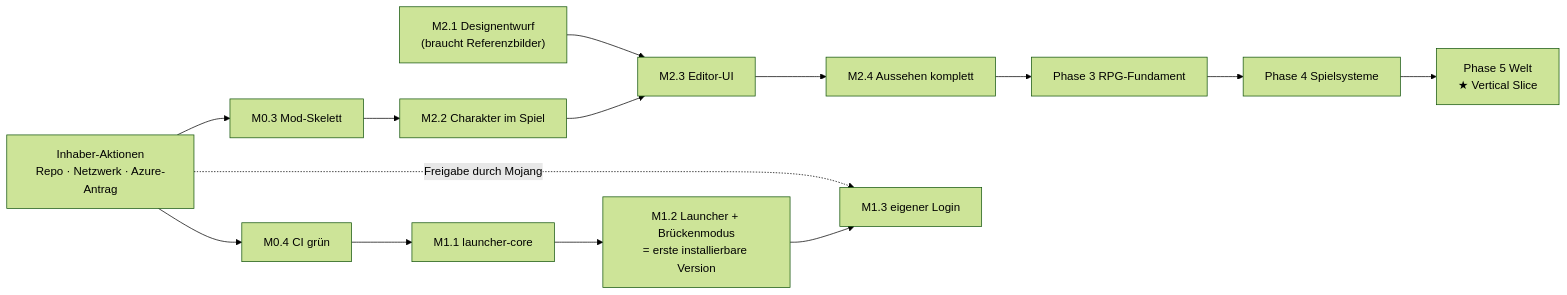
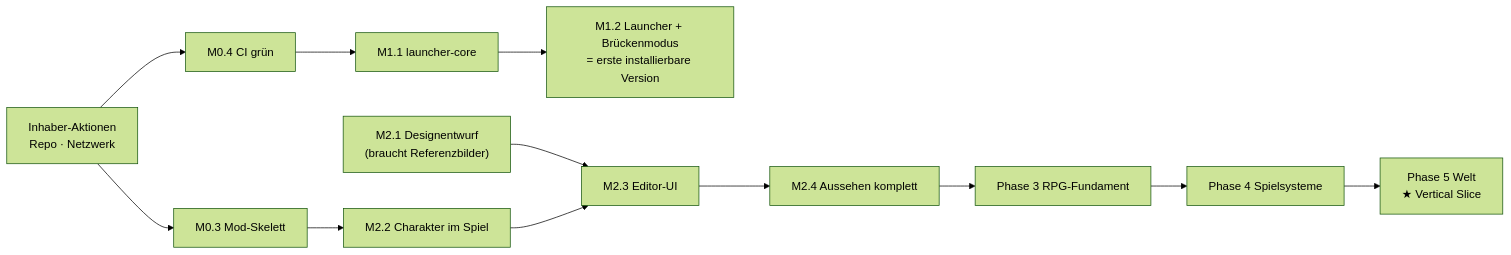
The diagram in docs/07-roadmap.md (danilohuth888-create/Frosthain), drawn with Mermaid (forest theme) before and after one commit. The commit also changed other lines of this file and 4 other files, not shown here.

````diff
--- a/docs/07-roadmap.md
+++ b/docs/07-roadmap.md
@@ -10,13 +10,11 @@
 ```mermaid
 flowchart LR
-  A0["Inhaber-Aktionen\nRepo · Netzwerk · Azure-Antrag"] --> M03["M0.3 Mod-Skelett"]
+  A0["Inhaber-Aktionen\nRepo · Netzwerk"] --> M03["M0.3 Mod-Skelett"]
   A0 --> M04["M0.4 CI grün"]
   M03 --> M22["M2.2 Charakter im Spiel"]
   M04 --> M11["M1.1 launcher-core"]
   M11 --> M12["M1.2 Launcher + Brückenmodus\n= erste installierbare Version"]
   M21["M2.1 Designentwurf\n(braucht Referenzbilder)"] --> M23["M2.3 Editor-UI"]
   M22 --> M23 --> M24["M2.4 Aussehen komplett"]
   M24 --> M3["Phase 3 RPG-Fundament"] --> M4["Phase 4 Spielsysteme"] --> M5["Phase 5 Welt\n★ Vertical Slice"]
-  A0 -.->|"Freigabe durch Mojang"| M13["M1.3 eigener Login"]
-  M12 --> M13
 ```
````
